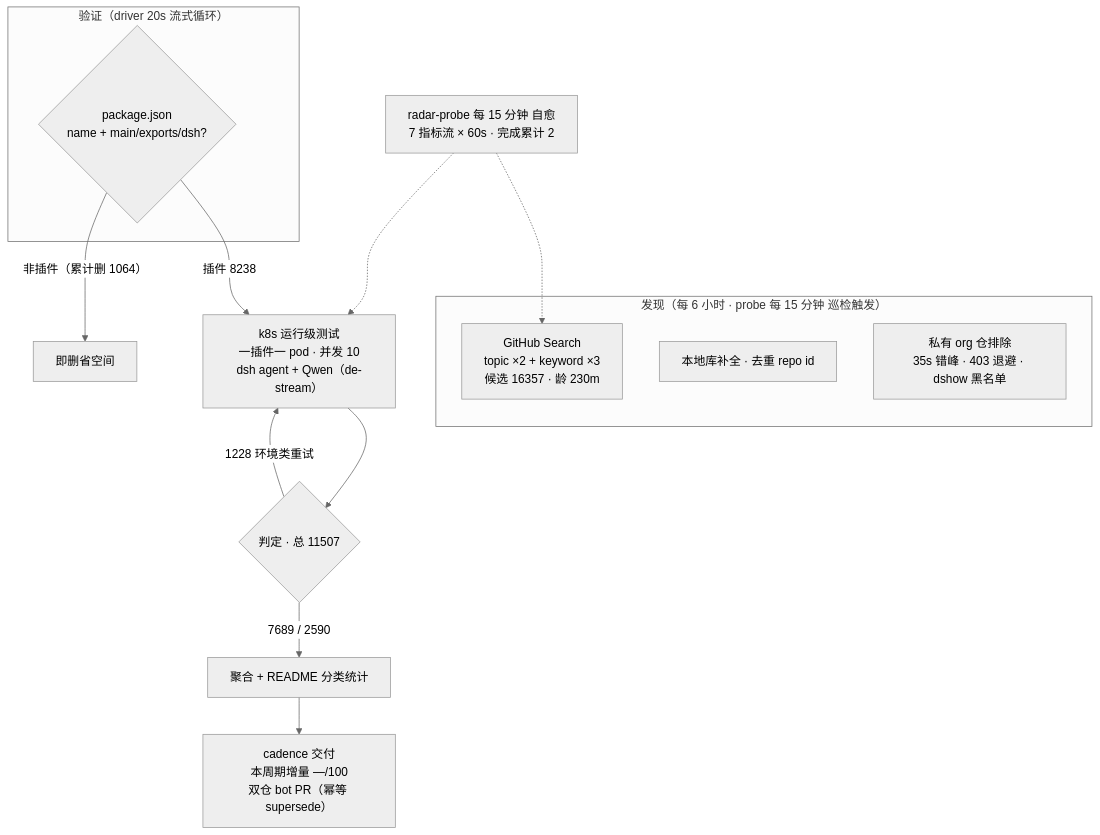
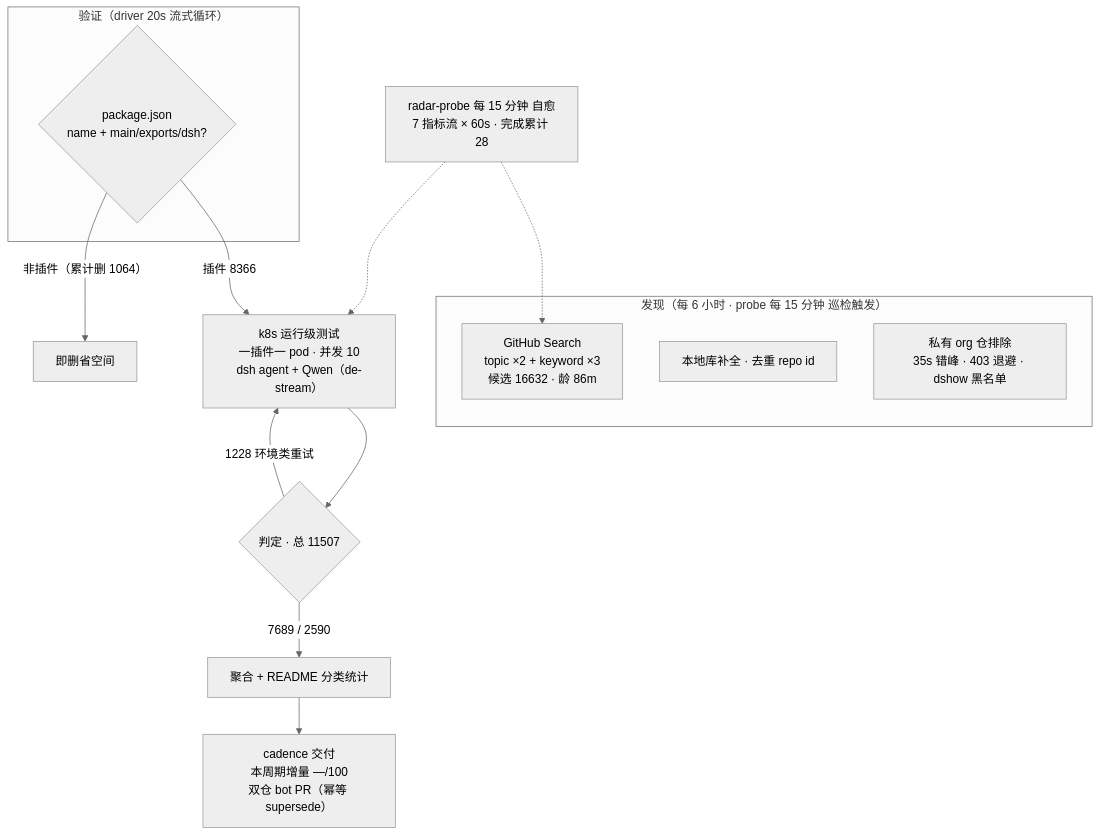
Before and after one commit to Zhidao-Lab-OSS/awesome-dsh-plugins: the diagram in README.md, drawn with Mermaid (neutral theme). The commit also changed other lines of this file and 1 other file, not shown here.

````diff
--- a/README.md
+++ b/README.md
@@ -52,20 +52,20 @@
 ```mermaid
 flowchart TB
     subgraph Discovery["发现（每 6 小时 · probe 每 15 分钟 巡检触发）"]
-        A1["GitHub Search<br/>topic ×2 + keyword ×3<br/>候选 16357 · 龄 230m"]
+        A1["GitHub Search<br/>topic ×2 + keyword ×3<br/>候选 16632 · 龄 86m"]
         A2["本地库补全 · 去重 repo id"]
         A3["私有 org 仓排除<br/>35s 错峰 · 403 退避 · dshow 黑名单"]
     end
     subgraph Validation["验证（driver 20s 流式循环）"]
         B1{"package.json<br/>name + main/exports/dsh?"}
     end
-    B1 -->|"插件 8238"| C1["k8s 运行级测试<br/>一插件一 pod · 并发 10<br/>dsh agent + Qwen（de-stream）"]
+    B1 -->|"插件 8366"| C1["k8s 运行级测试<br/>一插件一 pod · 并发 10<br/>dsh agent + Qwen（de-stream）"]
     B1 -->|"非插件（累计删 1064）"| B3["即删省空间"]
     C1 --> D1{"判定 · 总 11507"}
     D1 -->|"7689 / 2590"| E1["聚合 + README 分类统计"]
     D1 -->|"1228 环境类重试"| C1
     E1 --> E2["cadence 交付<br/>本周期增量 —/100<br/>双仓 bot PR（幂等 supersede）"]
-    M["radar-probe 每 15 分钟 自愈<br/>7 指标流 × 60s · 完成累计 2"]
+    M["radar-probe 每 15 分钟 自愈<br/>7 指标流 × 60s · 完成累计 28"]
     M -.-> A1
     M -.-> C1
 ```
````
